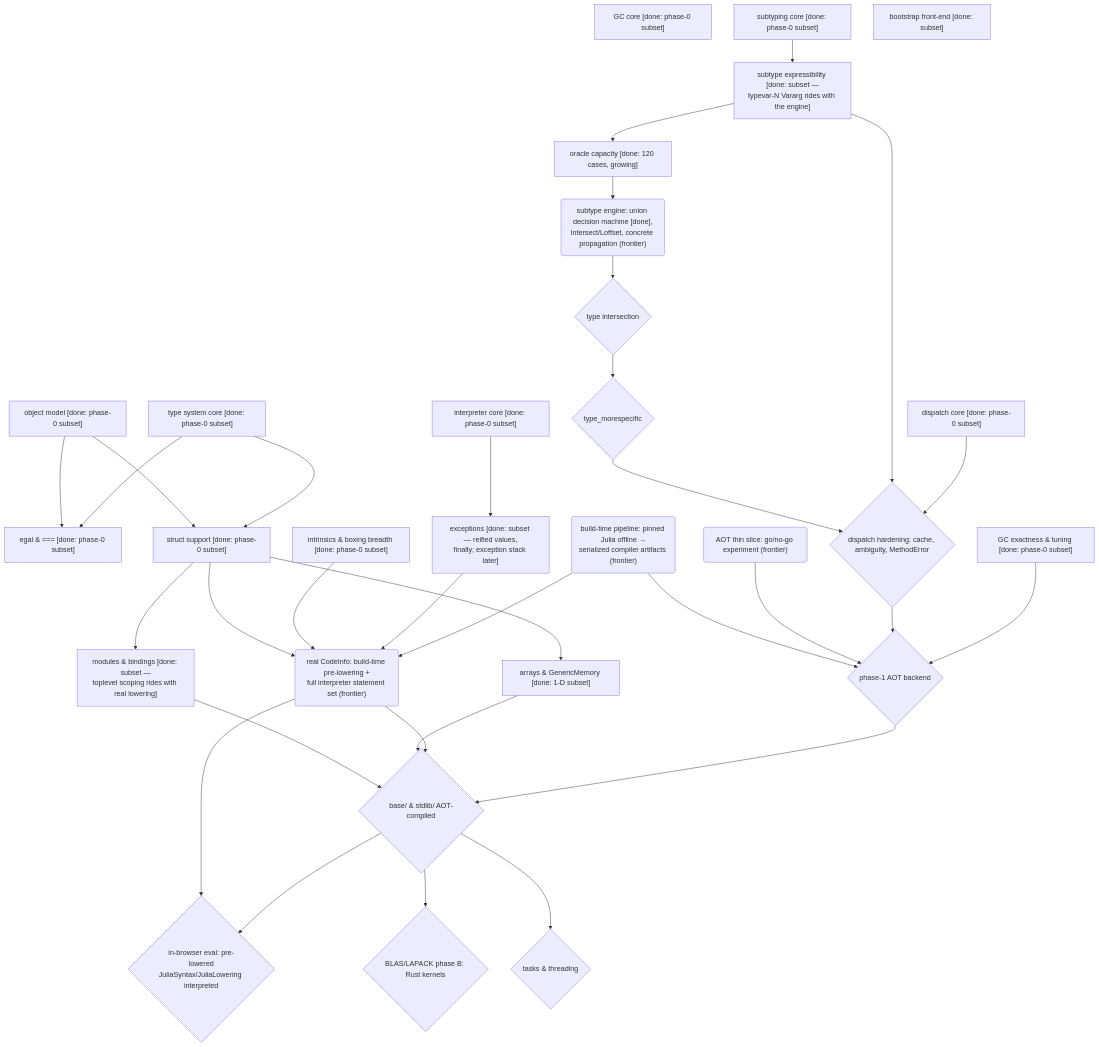
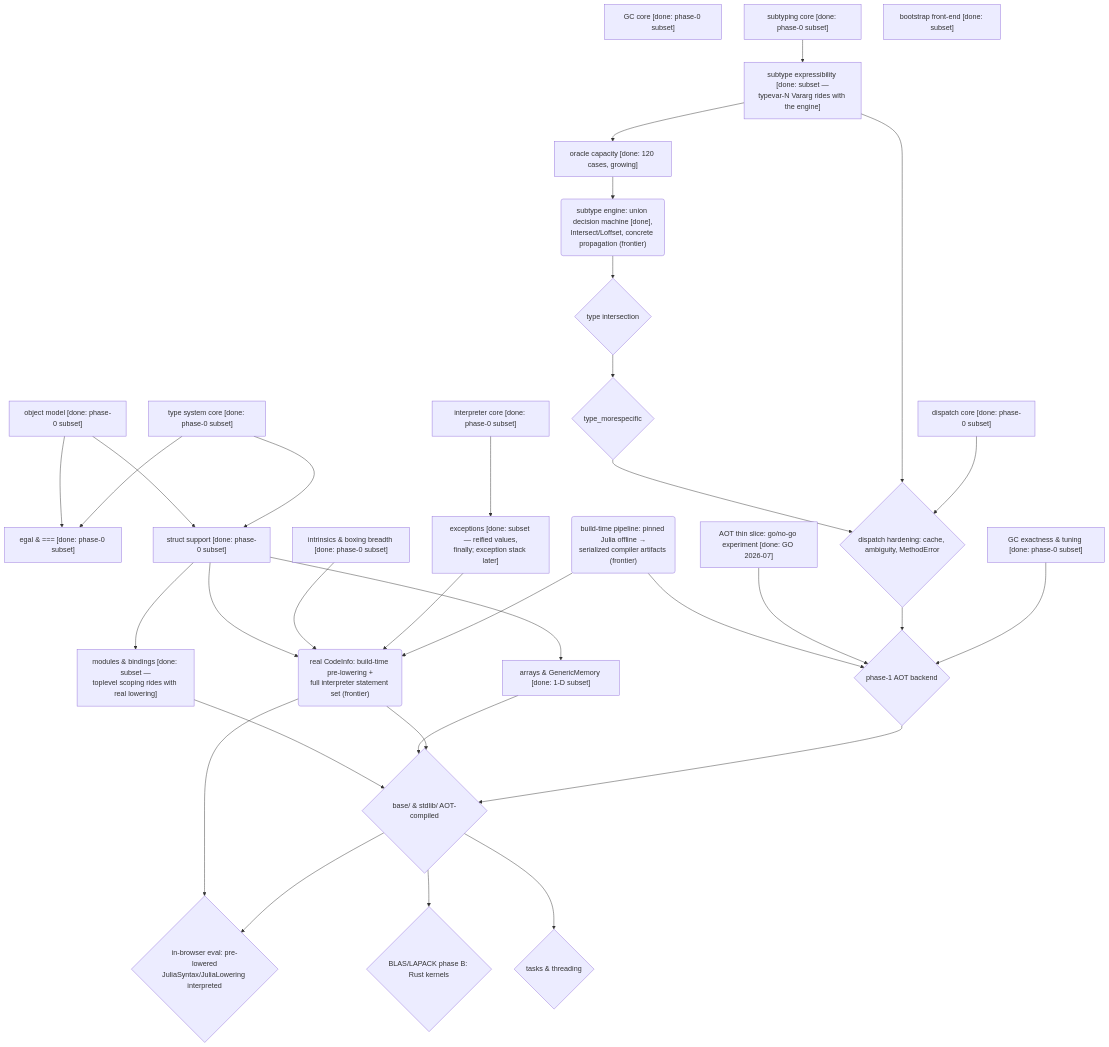
Before and after one commit to andy-emerson/Ruju: the diagram in design/strategy.md, drawn with Mermaid. The commit also changed other lines of this file and 20 other files, not shown here.

````diff
--- a/design/strategy.md
+++ b/design/strategy.md
@@ -127,65 +127,65 @@
 ```mermaid
 flowchart TD
     OBJ["object model [done: phase-0 subset]"]
     GC0["GC core [done: phase-0 subset]"]
     TYPES["type system core [done: phase-0 subset]"]
     SUB0["subtyping core [done: phase-0 subset]"]
     DISP0["dispatch core [done: phase-0 subset]"]
     INTERP0["interpreter core [done: phase-0 subset]"]
     FE0["bootstrap front-end [done: subset]"]
 
     EGAL["egal & === [done: phase-0 subset]"]
     STRUCTS["struct support [done: phase-0 subset]"]
     INTRIN["intrinsics & boxing breadth [done: phase-0 subset]"]
     GCX["GC exactness & tuning [done: phase-0 subset]"]
     SUBXE["subtype expressibility [done: subset —<br/>typevar-N Vararg rides with the engine]"]
     EXC["exceptions [done: subset — reified values,<br/>finally; exception stack later]"]
 
     ORACLE["oracle capacity [done: 120 cases, growing]"]
     SUBXM("subtype engine: union decision machine [done],<br/>Intersect/Loffset, concrete propagation (frontier)")
     ISECT{"type intersection"}
     MORESPEC{"type_morespecific"}
     DISPX{"dispatch hardening: cache, ambiguity, MethodError"}
     ARRAYS["arrays & GenericMemory [done: 1-D subset]"]
     MODULES["modules & bindings [done: subset —<br/>toplevel scoping rides with real lowering]"]
     BOOTPIPE("build-time pipeline: pinned Julia offline →<br/>serialized compiler artifacts (frontier)")
-    THINSLICE("AOT thin slice: go/no-go experiment (frontier)")
+    THINSLICE["AOT thin slice: go/no-go experiment [done: GO 2026-07]"]
     LOWER("real CodeInfo: build-time pre-lowering +<br/>full interpreter statement set (frontier)")
     EVAL{"in-browser eval: pre-lowered<br/>JuliaSyntax/JuliaLowering interpreted"}
     AOT{"phase-1 AOT backend"}
     BASE{"base/ & stdlib/ AOT-compiled"}
     BLAS{"BLAS/LAPACK phase B: Rust kernels"}
     TASKS{"tasks & threading"}
 
     OBJ --> STRUCTS
     TYPES --> STRUCTS
     OBJ --> EGAL
     TYPES --> EGAL
     SUB0 --> SUBXE
     SUBXE --> ORACLE
     ORACLE --> SUBXM
     SUBXM --> ISECT
     ISECT --> MORESPEC
     MORESPEC --> DISPX
     SUBXE --> DISPX
     DISP0 --> DISPX
     STRUCTS --> ARRAYS
     STRUCTS --> MODULES
     INTERP0 --> EXC
     STRUCTS --> LOWER
     INTRIN --> LOWER
     EXC --> LOWER
     BOOTPIPE --> LOWER
     BOOTPIPE --> AOT
     THINSLICE --> AOT
     LOWER --> EVAL
     BASE --> EVAL
     MODULES --> BASE
     ARRAYS --> BASE
     LOWER --> BASE
     AOT --> BASE
     DISPX --> AOT
     GCX --> AOT
     BASE --> BLAS
     BASE --> TASKS
 ```
````
